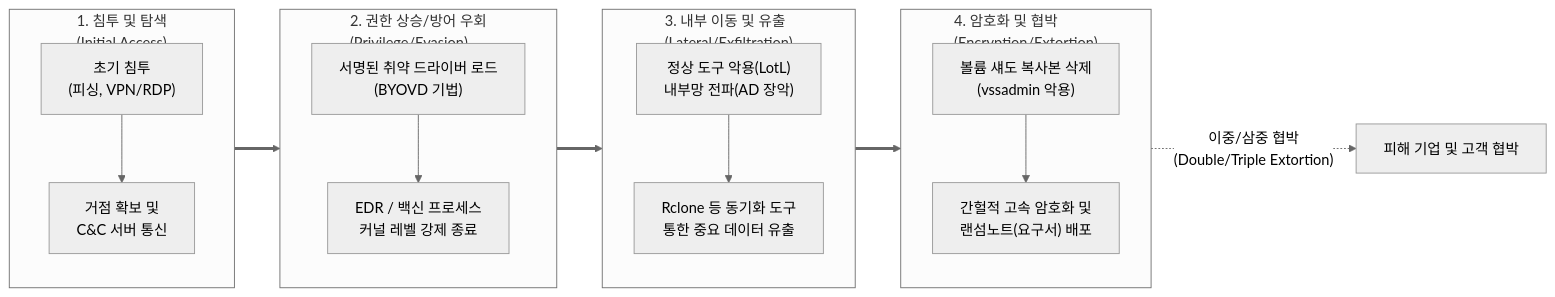
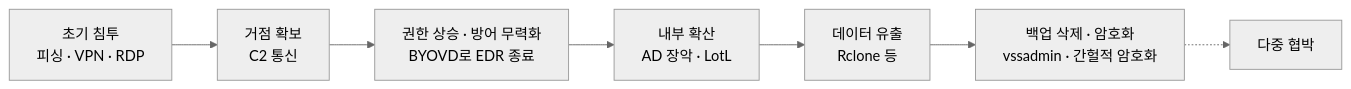
One commit to supremethumb/supremethumb.github.io changed the diagram in content/01_IT Tech/랜섬웨어.md. Above: the diagram before and after it, drawn with Mermaid (neutral theme). The commit also changed other lines of this file and 1087 other files, not shown here.

````diff
--- a/content/01_IT Tech/랜섬웨어.md
+++ b/content/01_IT Tech/랜섬웨어.md
@@ -27,28 +34,9 @@
 ```mermaid
 flowchart LR
-    subgraph Phase1 ["1. 침투 및 탐색<br/>(Initial Access)"]
-        direction TB
-        A["초기 침투<br/>(피싱, VPN/RDP)"] --> B["거점 확보 및<br/>C&C 서버 통신"]
-    end
-
-    subgraph Phase2 ["2. 권한 상승/방어 우회<br/>(Privilege/Evasion)"]
-        direction TB
-        C["서명된 취약 드라이버 로드<br/>(BYOVD 기법)"] --> D["EDR / 백신 프로세스<br/>커널 레벨 강제 종료"]
-    end
-
-    subgraph Phase3 ["3. 내부 이동 및 유출<br/>(Lateral/Exfiltration)"]
-        direction TB
-        E["정상 도구 악용(LotL)<br/>내부망 전파(AD 장악)"] --> F["Rclone 등 동기화 도구<br/>통한 중요 데이터 유출"]
-    end
-
-    subgraph Phase4 ["4. 암호화 및 협박<br/>(Encryption/Extortion)"]
-        direction TB
-        G["볼륨 섀도 복사본 삭제<br/>(vssadmin 악용)"] --> H["간헐적 고속 암호화 및<br/>랜섬노트(요구서) 배포"]
-    end
-
-    Phase1 ==> Phase2
-    Phase2 ==> Phase3
-    Phase3 ==> Phase4
-    H -. "이중/삼중 협박<br/>(Double/Triple Extortion)" .-> Extort["피해 기업 및 고객 협박"]
-
+    A["초기 침투<br/>피싱 · VPN · RDP"] --> B["거점 확보<br/>C2 통신"]
+    B --> C["권한 상승 · 방어 무력화<br/>BYOVD로 EDR 종료"]
+    C --> D["내부 확산<br/>AD 장악 · LotL"]
+    D --> E["데이터 유출<br/>Rclone 등"]
+    E --> F["백업 삭제 · 암호화<br/>vssadmin · 간헐적 암호화"]
+    F -.-> G["다중 협박"]
 ```
````
